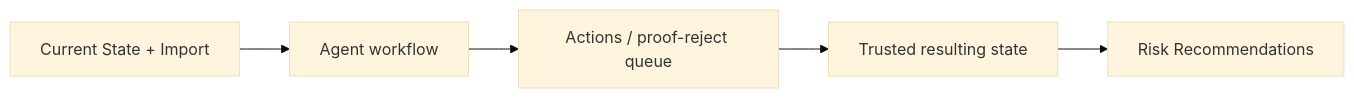
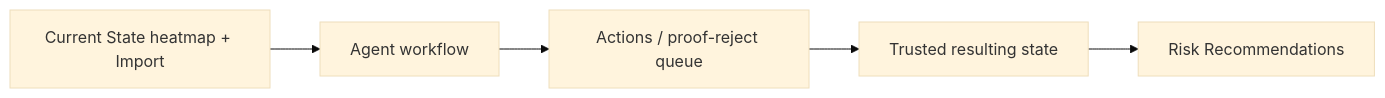
Before and after one commit to motobob/dbx_hack_doctors: the diagram in docs/demo-review-2026-06-15-current-state-import-actions.md, drawn with Mermaid (base theme). The commit also changed other lines of this file and 26 other files, not shown here.

````diff
--- a/docs/demo-review-2026-06-15-current-state-import-actions.md
+++ b/docs/demo-review-2026-06-15-current-state-import-actions.md
@@ -30,7 +32,7 @@
 ```mermaid
 flowchart LR
-  current[Current State + Import] --> pipeline[Agent workflow]
+  current[Current State heatmap + Import] --> pipeline[Agent workflow]
   pipeline --> actions[Actions / proof-reject queue]
   actions --> trusted[Trusted resulting state]
   trusted --> risk[Risk Recommendations]
 ```
````
